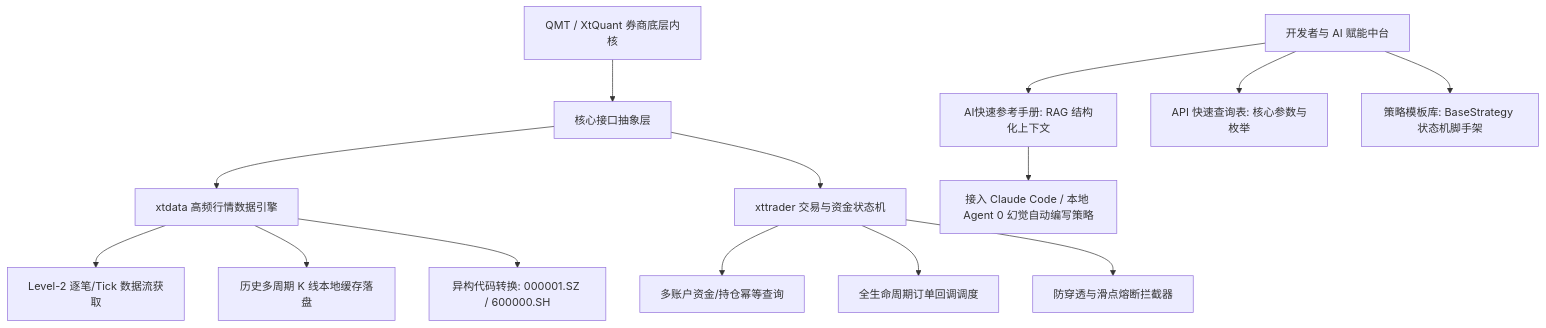
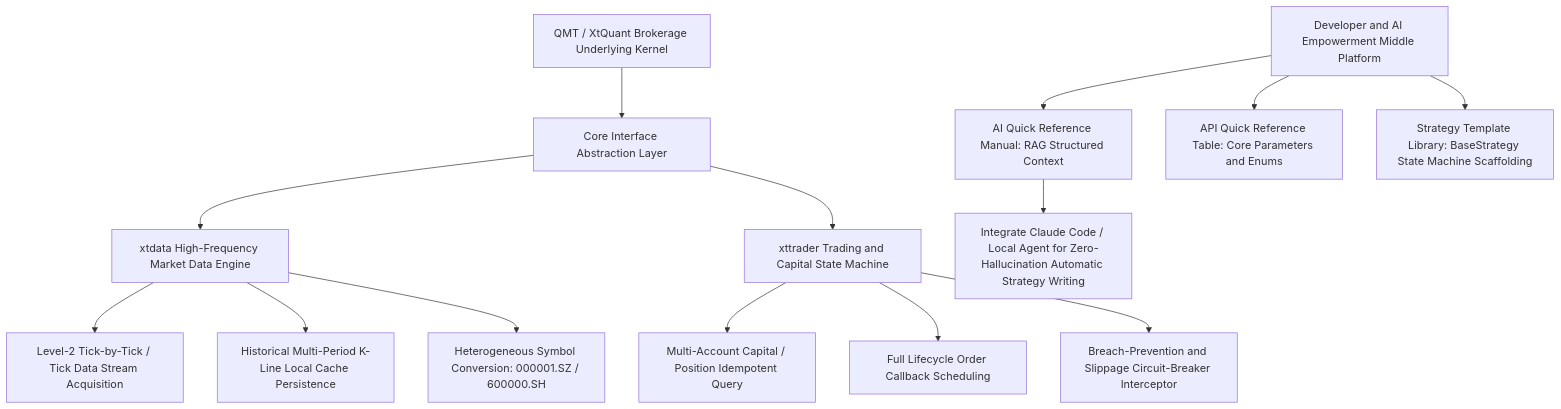
Before and after one commit to cky9/portfolio: the diagram in 04_realtime_systems/21_qmt_xtquant_brokerage_sdk_knowledge_base.md, drawn with Mermaid. The commit also changed other lines of this file and 72 other files, not shown here.

````diff
--- a/04_realtime_systems/21_qmt_xtquant_brokerage_sdk_knowledge_base.md
+++ b/04_realtime_systems/21_qmt_xtquant_brokerage_sdk_knowledge_base.md
@@ -26,20 +24,20 @@
 ```mermaid
 graph TD
-    A[QMT / XtQuant 券商底层内核] --> B[核心接口抽象层]
-    B --> C[xtdata 高频行情数据引擎]
-    B --> D[xttrader 交易与资金状态机]
+    A[QMT / XtQuant Brokerage Underlying Kernel] --> B[Core Interface Abstraction Layer]
+    B --> C[xtdata High-Frequency Market Data Engine]
+    B --> D[xttrader Trading and Capital State Machine]
     
-    C --> E[Level-2 逐笔/Tick 数据流获取]
-    C --> F[历史多周期 K 线本地缓存落盘]
-    C --> G[异构代码转换: 000001.SZ / 600000.SH]
+    C --> E[Level-2 Tick-by-Tick / Tick Data Stream Acquisition]
+    C --> F[Historical Multi-Period K-Line Local Cache Persistence]
+    C --> G[Heterogeneous Symbol Conversion: 000001.SZ / 600000.SH]
     
-    D --> H[多账户资金/持仓幂等查询]
-    D --> I[全生命周期订单回调调度]
-    D --> J[防穿透与滑点熔断拦截器]
+    D --> H[Multi-Account Capital / Position Idempotent Query]
+    D --> I[Full Lifecycle Order Callback Scheduling]
+    D --> J[Breach-Prevention and Slippage Circuit-Breaker Interceptor]
     
-    K[开发者与 AI 赋能中台] --> L[AI快速参考手册: RAG 结构化上下文]
-    K --> M[API 快速查询表: 核心参数与枚举]
-    K --> N[策略模板库: BaseStrategy 状态机脚手架]
+    K[Developer and AI Empowerment Middle Platform] --> L[AI Quick Reference Manual: RAG Structured Context]
+    K --> M[API Quick Reference Table: Core Parameters and Enums]
+    K --> N[Strategy Template Library: BaseStrategy State Machine Scaffolding]
     
-    L --> O[接入 Claude Code / 本地 Agent 0 幻觉自动编写策略]
+    L --> O[Integrate Claude Code / Local Agent for Zero-Hallucination Automatic Strategy Writing]
 ```
````
